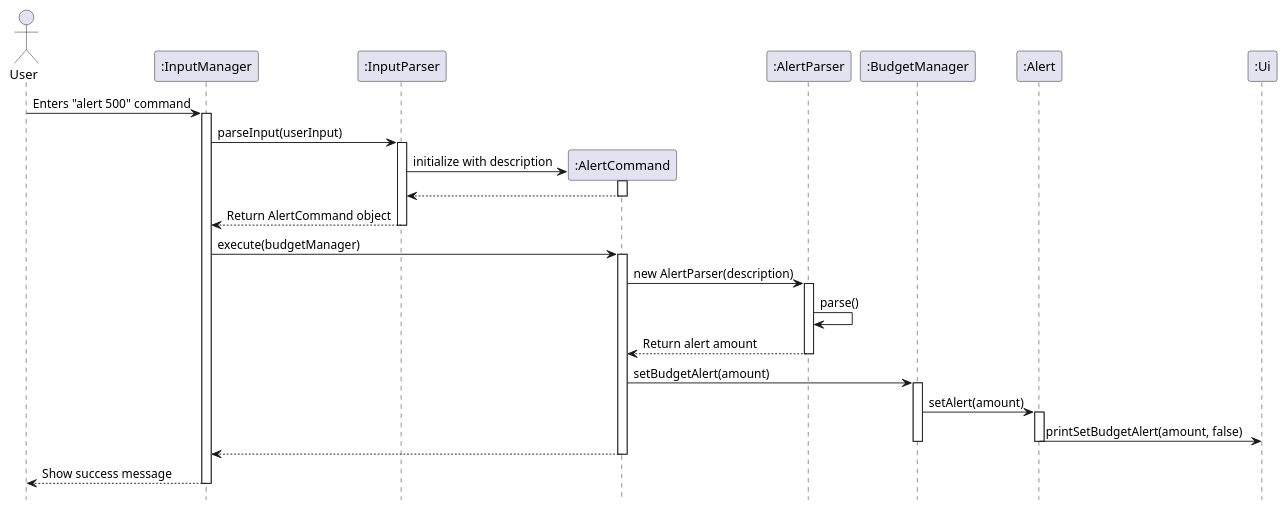
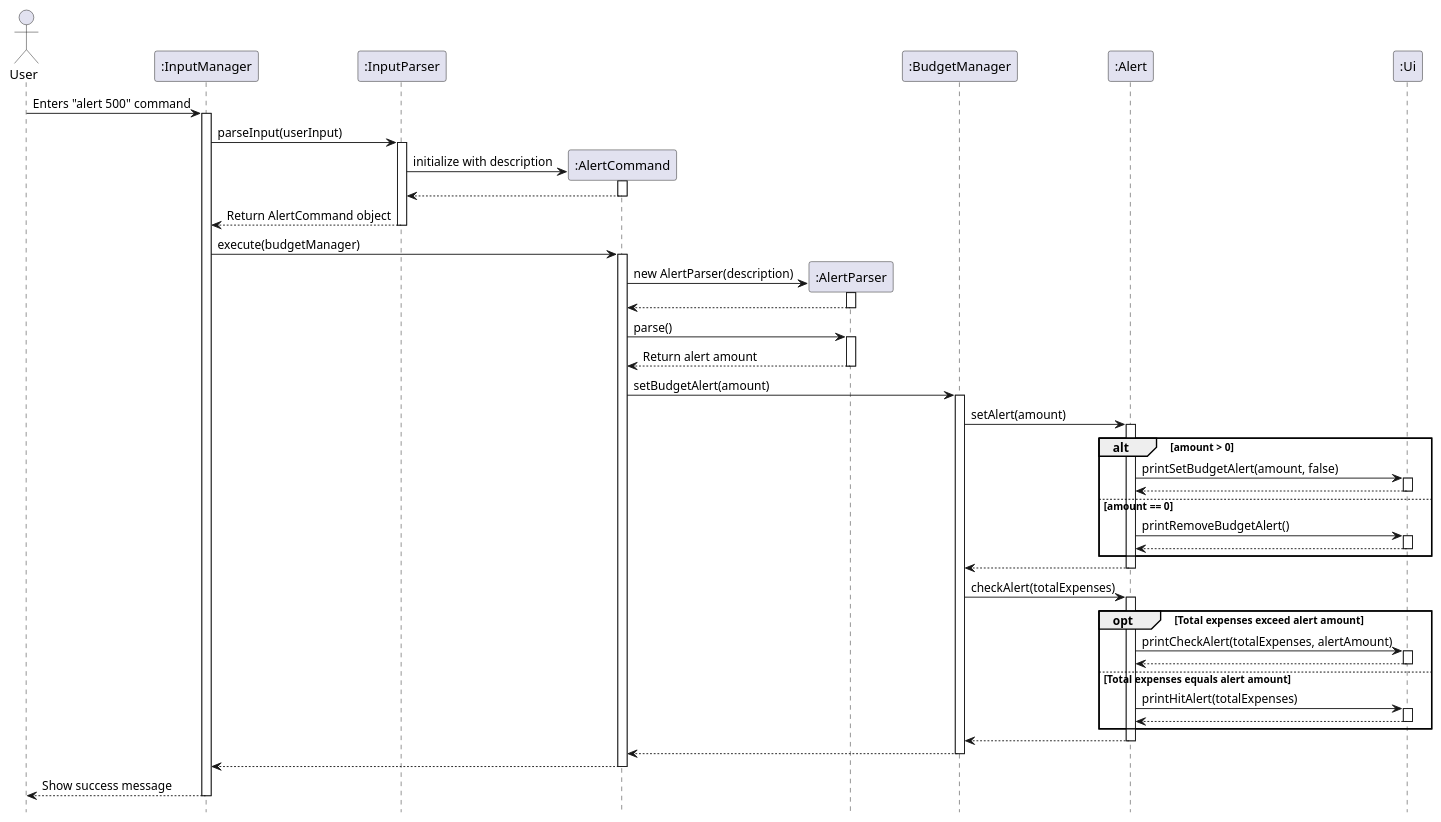
One commit to AY2425S2-CS2113-T12-4/tp changed the diagram in docs/diagrams/AddAlertSequenceDiagram.puml. Above: the diagram before and after it, drawn with PlantUML. The commit also changed 3 other files, not shown here.

Commit message:
Update sequence diagrams to fix bugs

```diff
--- a/docs/diagrams/AddAlertSequenceDiagram.puml
+++ b/docs/diagrams/AddAlertSequenceDiagram.puml
@@ -1,44 +1,78 @@
 @startuml
 hide circle
 skinparam classAttributeIconSize 0
 hide footbox
 actor User
 participant ":InputManager" as IM
 participant ":InputParser" as IP
 participant ":AlertCommand" as AC
 participant ":AlertParser" as AP
 participant ":BudgetManager" as BM
 participant ":Alert" as A
 participant ":Ui" as UI
 
 User -> IM: Enters "alert 500" command
 activate IM
 IM -> IP: parseInput(userInput)
 activate IP
 create AC
 IP -> AC: initialize with description
 activate AC
 AC --> IP
 deactivate AC
 IP --> IM: Return AlertCommand object
 deactivate IP
 
 IM -> AC: execute(budgetManager)
 activate AC
+create AP
 AC -> AP: new AlertParser(description)
 activate AP
-AP -> AP: parse()
+AP --> AC
+deactivate AP
+AC -> AP: parse()
+activate AP
 AP --> AC: Return alert amount
 deactivate AP
 AC -> BM: setBudgetAlert(amount)
 activate BM
 BM -> A: setAlert(amount)
 activate A
+alt amount > 0
 A -> UI: printSetBudgetAlert(amount, false)
+activate UI
+UI --> A
+deactivate UI
+else amount == 0
+A -> UI: printRemoveBudgetAlert()
+activate UI
+UI --> A
+deactivate UI
+end
+A-->BM
 deactivate A
+
+
+
+BM -> A:checkAlert(totalExpenses)
+activate A
+opt Total expenses exceed alert amount
+A -> UI: printCheckAlert(totalExpenses, alertAmount)
+activate UI
+UI --> A
+deactivate UI
+else Total expenses equals alert amount
+A -> UI: printHitAlert(totalExpenses)
+activate UI
+UI --> A
+deactivate UI
+end
+A --> BM
+deactivate A
+BM-->AC
 deactivate BM
 AC --> IM
 deactivate AC
 IM --> User: Show success message
 deactivate IM
 @enduml
```
